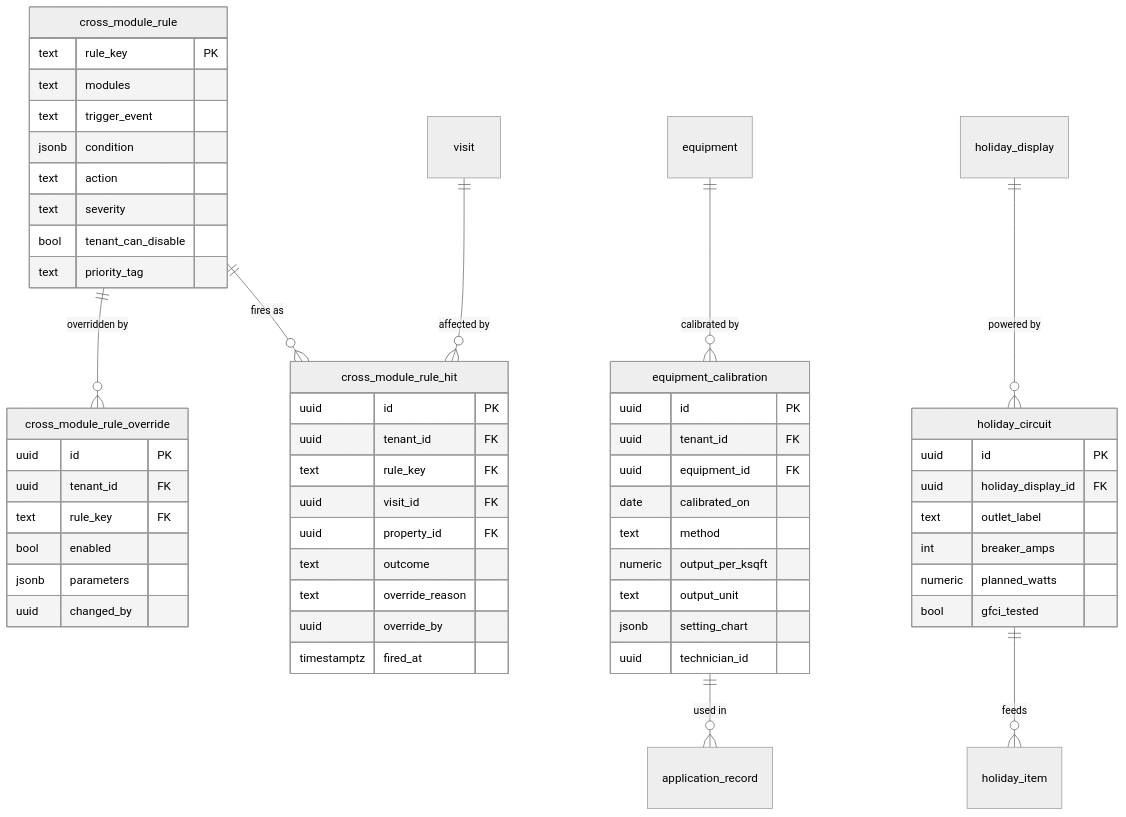
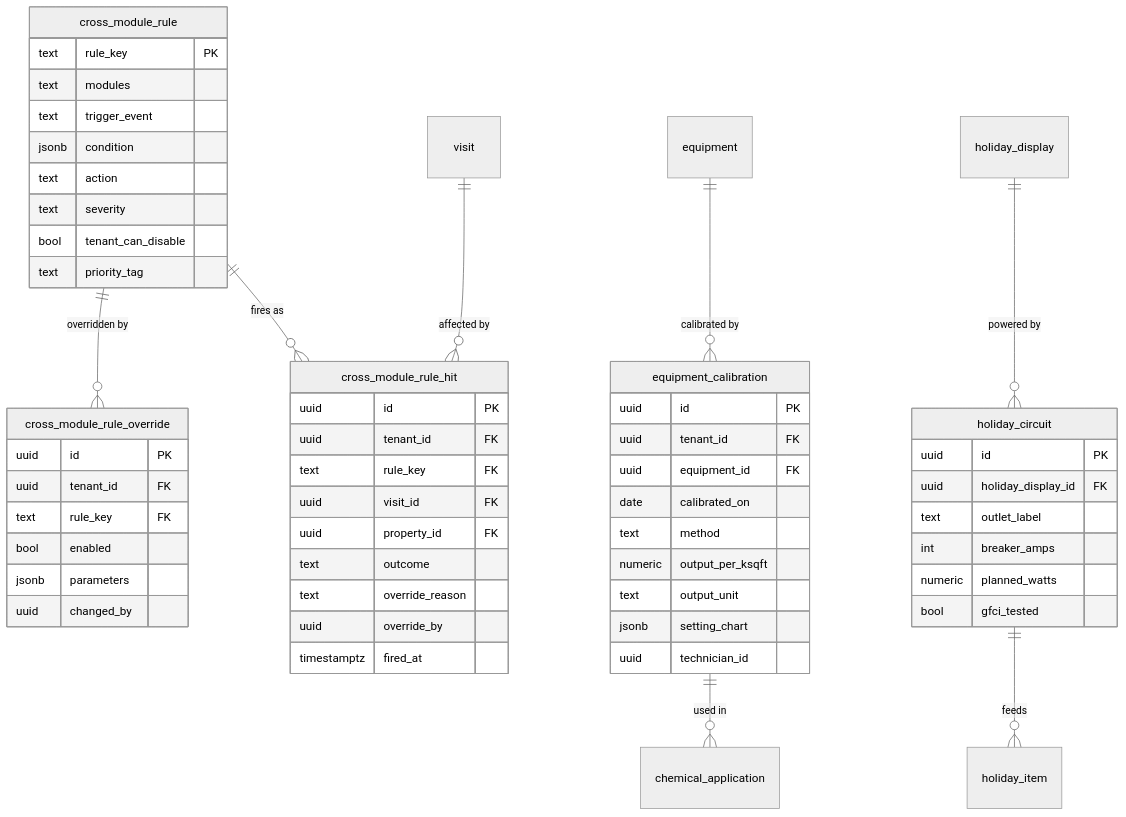
Diagram 23 of 23 in docs/14-service-line-modules.md (jdinard/landscape), drawn with Mermaid (neutral theme) before and after one commit. The commit also changed other lines of this file and 20 other files, not shown here.

````diff
--- a/docs/14-service-line-modules.md
+++ b/docs/14-service-line-modules.md
@@ -2620,58 +2622,58 @@
 ```mermaid
 erDiagram
     cross_module_rule ||--o{ cross_module_rule_override : "overridden by"
     cross_module_rule ||--o{ cross_module_rule_hit : "fires as"
     visit ||--o{ cross_module_rule_hit : "affected by"
     equipment ||--o{ equipment_calibration : "calibrated by"
-    equipment_calibration ||--o{ application_record : "used in"
+    equipment_calibration ||--o{ chemical_application : "used in"
     holiday_display ||--o{ holiday_circuit : "powered by"
     holiday_circuit ||--o{ holiday_item : "feeds"
     cross_module_rule {
         text rule_key PK
         text modules
         text trigger_event
         jsonb condition
         text action
         text severity
         bool tenant_can_disable
         text priority_tag
     }
     cross_module_rule_override {
         uuid id PK
         uuid tenant_id FK
         text rule_key FK
         bool enabled
         jsonb parameters
         uuid changed_by
     }
     cross_module_rule_hit {
         uuid id PK
         uuid tenant_id FK
         text rule_key FK
         uuid visit_id FK
         uuid property_id FK
         text outcome
         text override_reason
         uuid override_by
         timestamptz fired_at
     }
     equipment_calibration {
         uuid id PK
         uuid tenant_id FK
         uuid equipment_id FK
         date calibrated_on
         text method
         numeric output_per_ksqft
         text output_unit
         jsonb setting_chart
         uuid technician_id
     }
     holiday_circuit {
         uuid id PK
         uuid holiday_display_id FK
         text outlet_label
         int breaker_amps
         numeric planned_watts
         bool gfci_tested
     }
 ```
````
